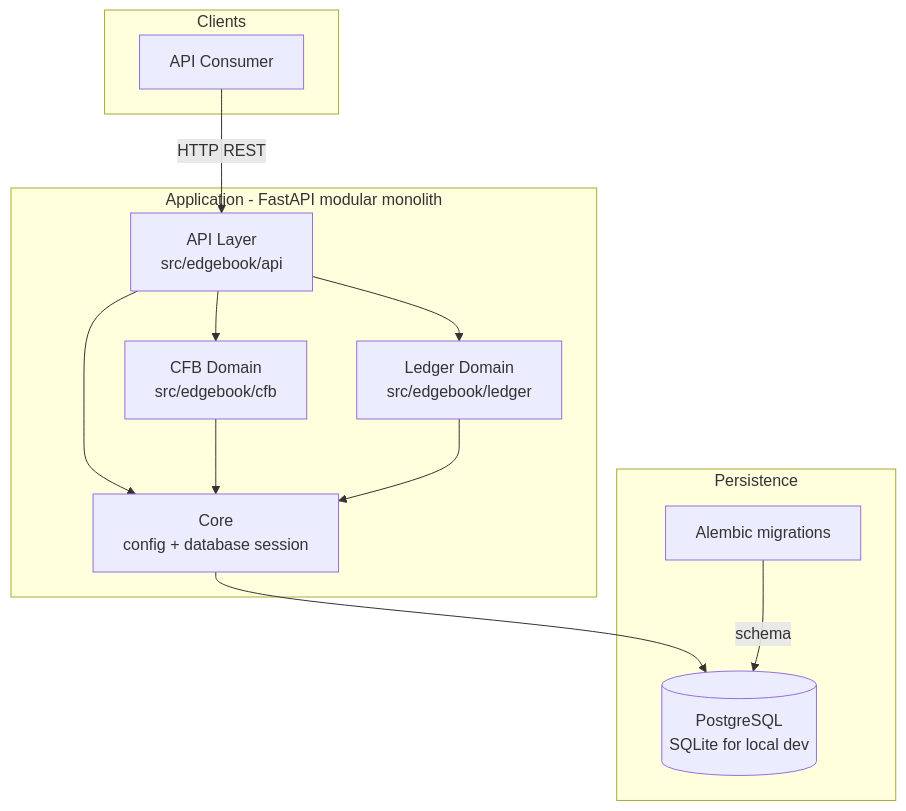
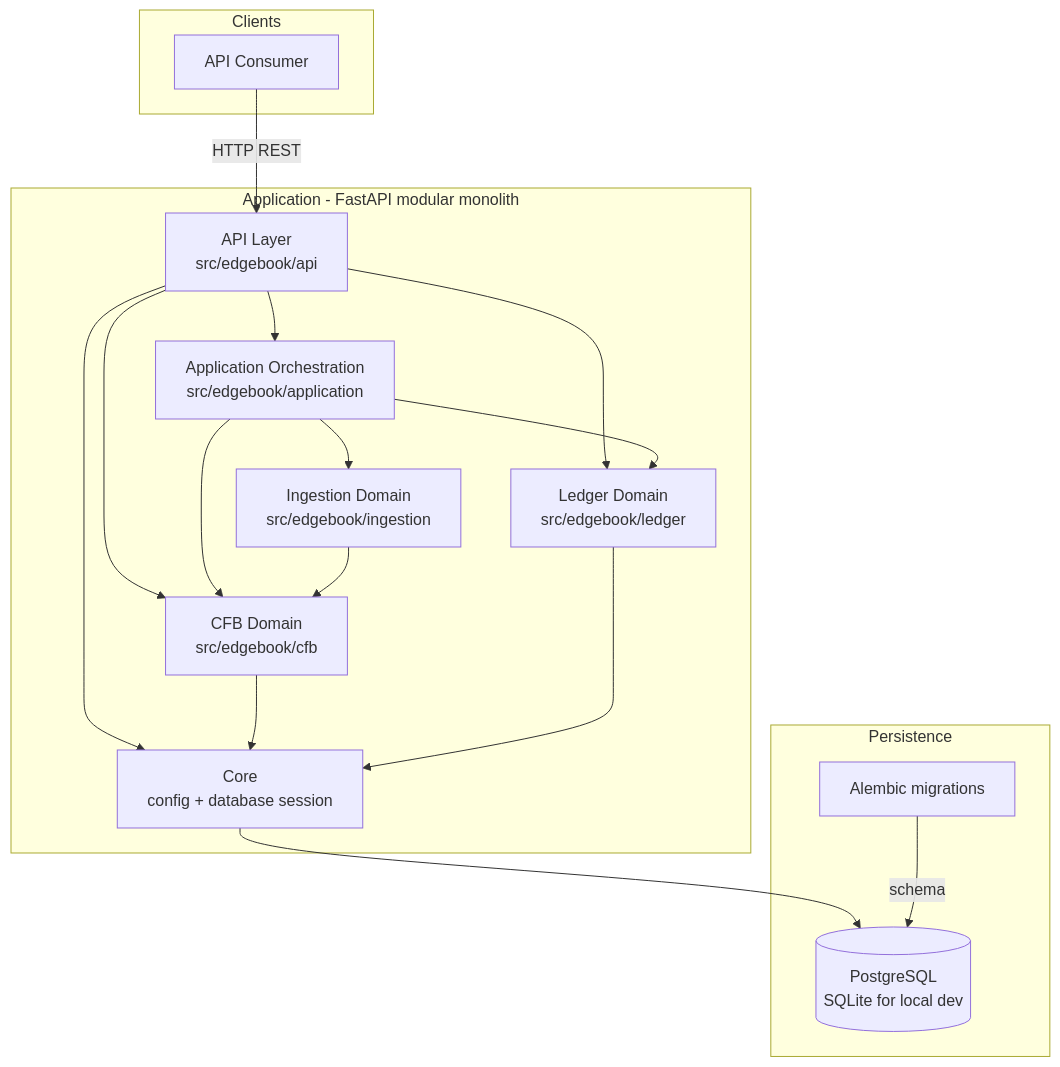
Before and after one commit to connorkitchings/edgebook: the diagram in docs/architecture/system_overview.md, drawn with Mermaid. The commit also changed other lines of this file and 15 other files, not shown here.

Commit message:
refactor: add application orchestration boundary

````diff
--- a/docs/architecture/system_overview.md
+++ b/docs/architecture/system_overview.md
@@ -8,27 +8,34 @@
 ```mermaid
 graph TD
     subgraph "Clients"
         A[API Consumer]
     end
 
     subgraph "Application - FastAPI modular monolith"
         B[API Layer<br/>src/edgebook/api]
+        H[Application Orchestration<br/>src/edgebook/application]
         C[CFB Domain<br/>src/edgebook/cfb]
         D[Ledger Domain<br/>src/edgebook/ledger]
+        I[Ingestion Domain<br/>src/edgebook/ingestion]
         E[Core<br/>config + database session]
     end
 
     subgraph "Persistence"
         F[(PostgreSQL<br/>SQLite for local dev)]
         G[Alembic migrations]
     end
 
     A -->|HTTP REST| B
     B --> C
     B --> D
+    B --> H
     B --> E
+    H --> C
+    H --> D
+    H --> I
+    I --> C
     C --> E
     D --> E
     E --> F
     G -->|schema| F
 ```
````
